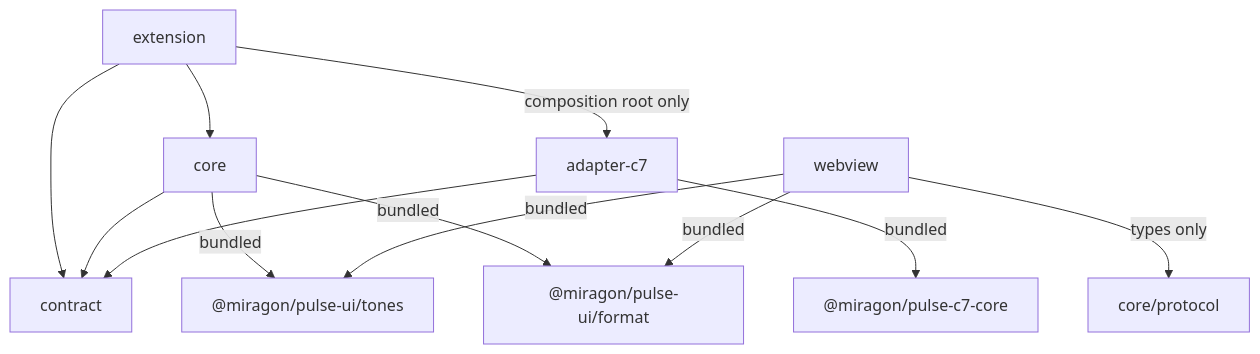
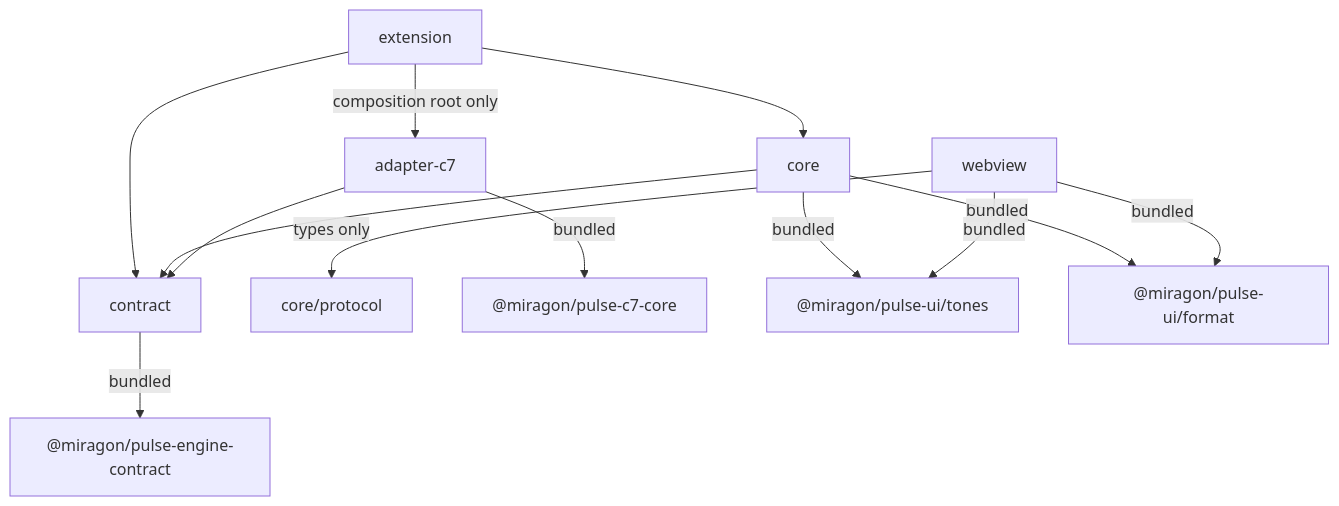
One commit to Miragon/pulse changed the third of 7 diagrams in apps/vscode/docs/architecture-overview.md. Above: the diagram before and after it, drawn with Mermaid. The commit also changed other lines of this file and 161 other files, not shown here.

````diff
--- a/apps/vscode/docs/architecture-overview.md
+++ b/apps/vscode/docs/architecture-overview.md
@@ -127,14 +129,15 @@
 ```mermaid
 flowchart TB
   extension --> core
   extension --> contract
   extension -- composition root only --> adapterC7[adapter-c7]
+  contract -- bundled --> engineContract["@miragon/pulse-engine-contract"]
   core --> contract
   webview -- types only --> protocol[core/protocol]
   adapterC7 --> contract
   adapterC7 -- bundled --> c7Core["@miragon/pulse-c7-core"]
   core -- bundled --> tones["@miragon/pulse-ui/tones"]
   webview -- bundled --> tones
   core -- bundled --> format["@miragon/pulse-ui/format"]
   webview -- bundled --> format
 ```
````
